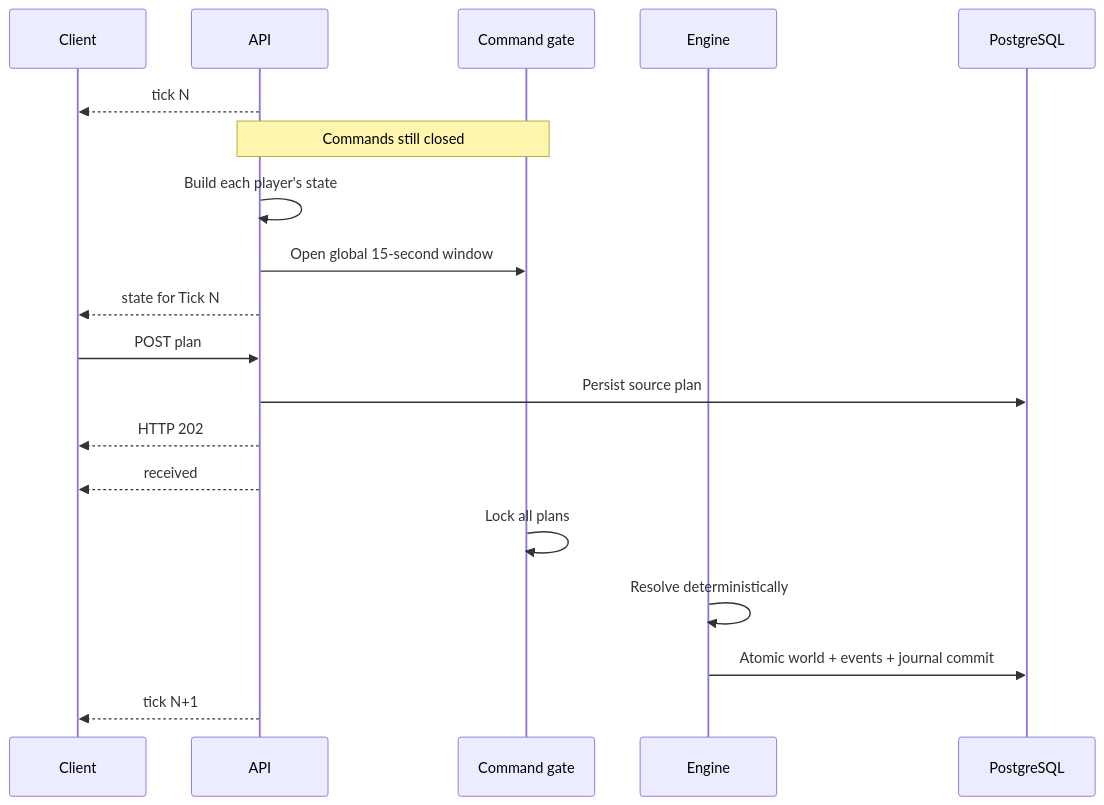
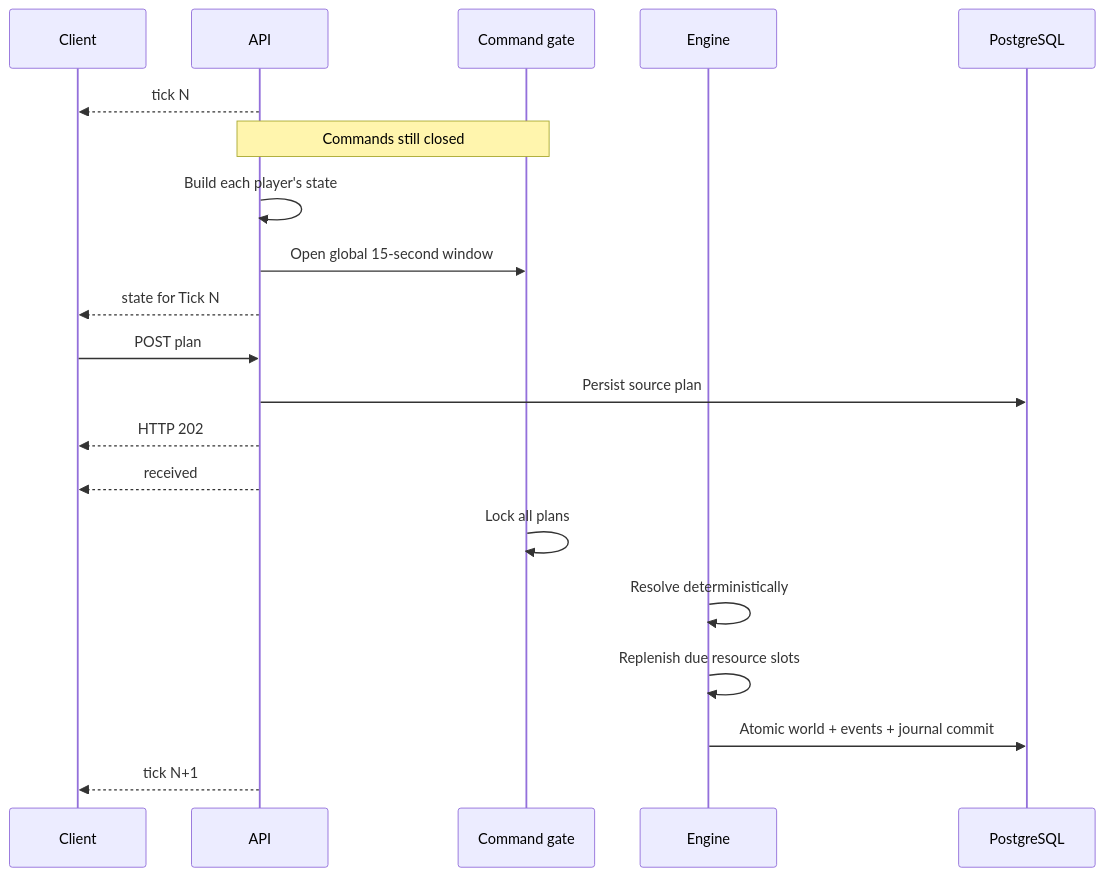
Before and after one commit to arena-hero/arena-hero-doc: the diagram in docs/rules/world-and-ticks.md, drawn with Mermaid. The commit also changed other lines of this file and 37 other files, not shown here.

````diff
--- a/docs/rules/world-and-ticks.md
+++ b/docs/rules/world-and-ticks.md
@@ -46,22 +51,23 @@
 ```mermaid
 sequenceDiagram
   participant C as Client
   participant A as API
   participant G as Command gate
   participant E as Engine
   participant D as PostgreSQL
 
   A-->>C: tick N
   Note over A,G: Commands still closed
   A->>A: Build each player's state
   A->>G: Open global 15-second window
   A-->>C: state for Tick N
   C->>A: POST plan
   A->>D: Persist source plan
   A-->>C: HTTP 202
   A-->>C: received
   G->>G: Lock all plans
   E->>E: Resolve deterministically
+  E->>E: Replenish due resource slots
   E->>D: Atomic world + events + journal commit
   A-->>C: tick N+1
 ```
````
